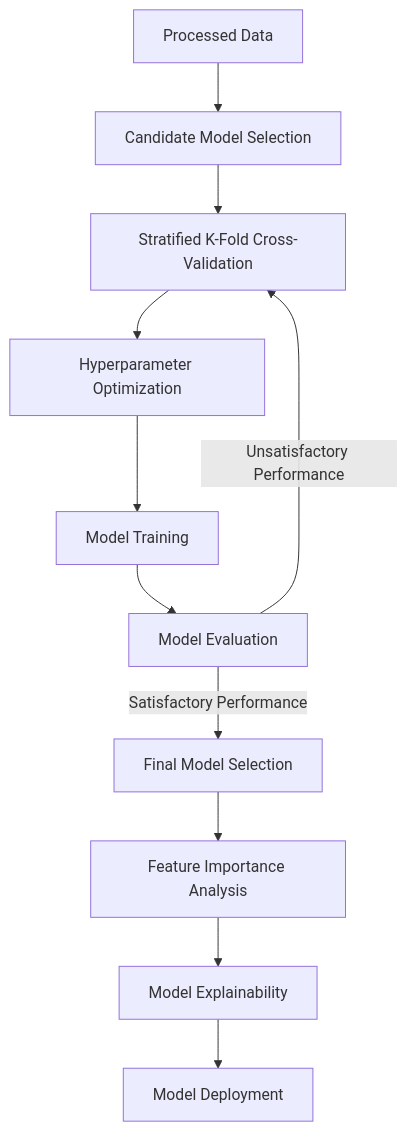
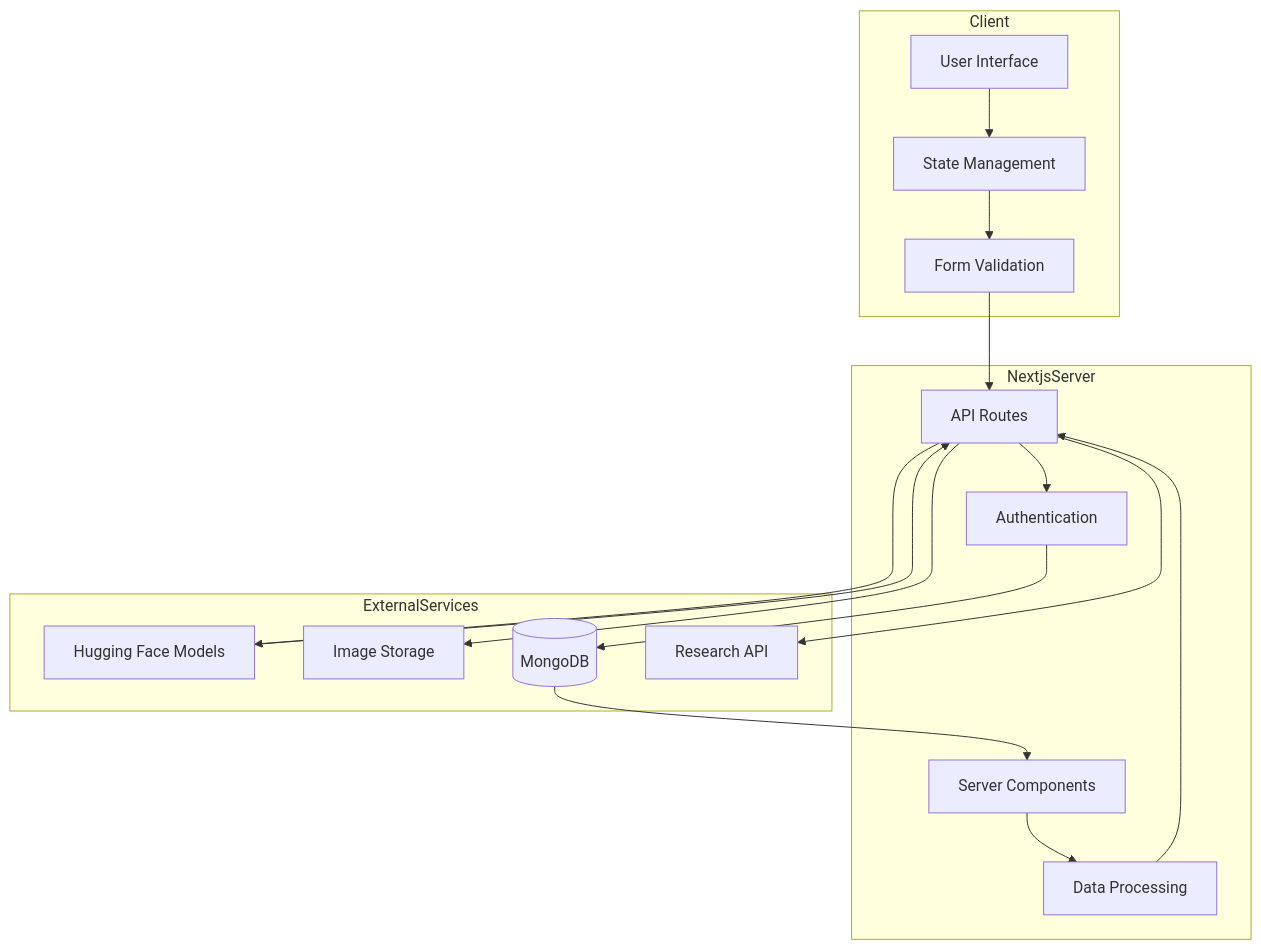
One commit to AbdullahSaeed1211/temp changed the third of 15 diagrams in README.md. Above: the diagram before and after it, drawn with Mermaid. The commit also changed other lines of this file, not shown here.

````diff
--- a/README.md
+++ b/README.md
@@ -202,13 +610,38 @@
 ```mermaid
 flowchart TD
-    A[Processed Data] --> B[Candidate Model Selection]
-    B --> C[Stratified K-Fold Cross-Validation]
-    C --> D[Hyperparameter Optimization]
-    D --> E[Model Training]
-    E --> F[Model Evaluation]
-    F -- Unsatisfactory Performance --> C
-    F -- Satisfactory Performance --> G[Final Model Selection]
-    G --> H[Feature Importance Analysis]
-    H --> I[Model Explainability]
-    I --> J[Model Deployment]
+    subgraph Client
+        UI[User Interface]
+        StateManagement[State Management]
+        FormValidation[Form Validation]
+    end
+
+    subgraph NextjsServer
+        ServerComponents[Server Components]
+        APIRoutes[API Routes]
+        Authentication[Authentication]
+        DataProcessing[Data Processing]
+    end
+
+    subgraph ExternalServices
+        HFModels[Hugging Face Models]
+        UploadCare[Image Storage]
+        DB[(MongoDB)]
+        SemanticScholar[Research API]
+    end
+
+    UI --> StateManagement
+    StateManagement --> FormValidation
+    FormValidation --> APIRoutes
+    
+    ServerComponents --> DataProcessing
+    DataProcessing --> APIRoutes
+    APIRoutes --> Authentication
+    Authentication --> DB
+    
+    APIRoutes --> HFModels
+    APIRoutes --> UploadCare
+    APIRoutes --> SemanticScholar
+    
+    HFModels --> APIRoutes
+    DB --> ServerComponents
 ```
````
